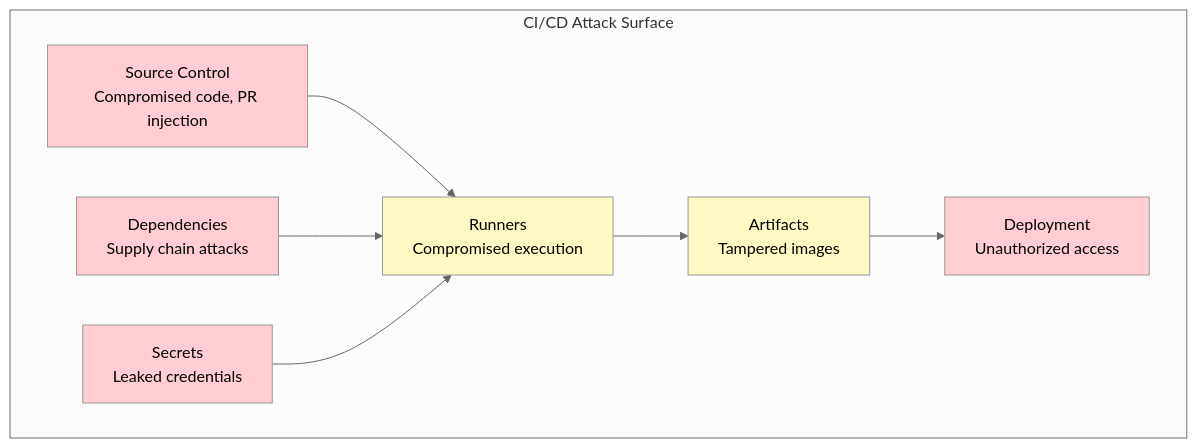
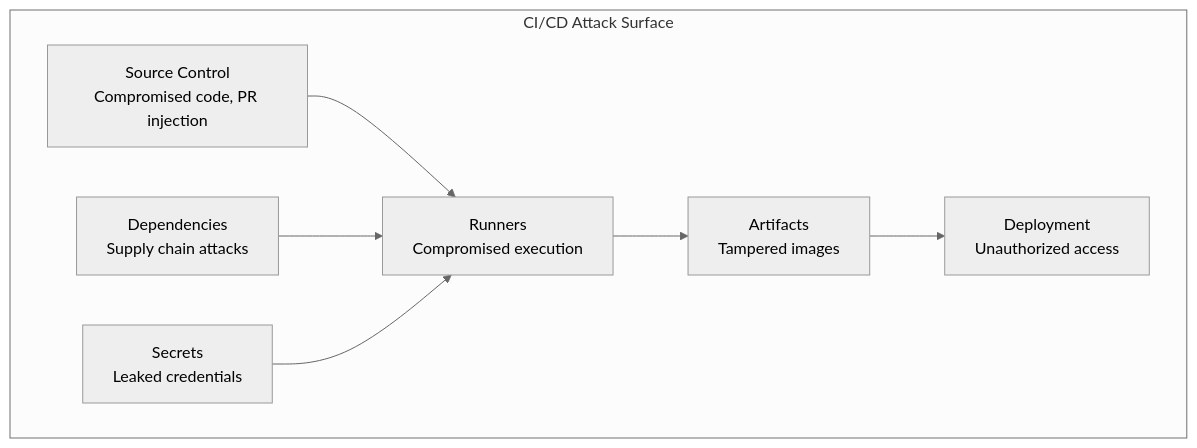
One commit to shivam-g-mishra/blog changed the diagram in docs/cicd/security-compliance-secrets.md. Above: the diagram before and after it, drawn with Mermaid. The commit also changed 23 other files, not shown here.

First line of the commit message:
fix: improve Mermaid diagram visibility in dark mode

````diff
--- a/docs/cicd/security-compliance-secrets.md
+++ b/docs/cicd/security-compliance-secrets.md
@@ -82,25 +82,18 @@
 ```mermaid
 %%{init: {'theme': 'neutral'}}%%
 flowchart TB
     subgraph attack_surface["CI/CD Attack Surface"]
         SC["Source Control<br/>Compromised code, PR injection"]
         DEPS["Dependencies<br/>Supply chain attacks"]
         SECRETS["Secrets<br/>Leaked credentials"]
         RUNNER["Runners<br/>Compromised execution"]
         ARTIFACT["Artifacts<br/>Tampered images"]
         DEPLOY["Deployment<br/>Unauthorized access"]
     end
     
     SC --> RUNNER
     DEPS --> RUNNER
     SECRETS --> RUNNER
     RUNNER --> ARTIFACT
     ARTIFACT --> DEPLOY
-    
-    style SC fill:#ffcdd2
-    style DEPS fill:#ffcdd2
-    style SECRETS fill:#ffcdd2
-    style RUNNER fill:#fff9c4
-    style ARTIFACT fill:#fff9c4
-    style DEPLOY fill:#ffcdd2
 ```
````
